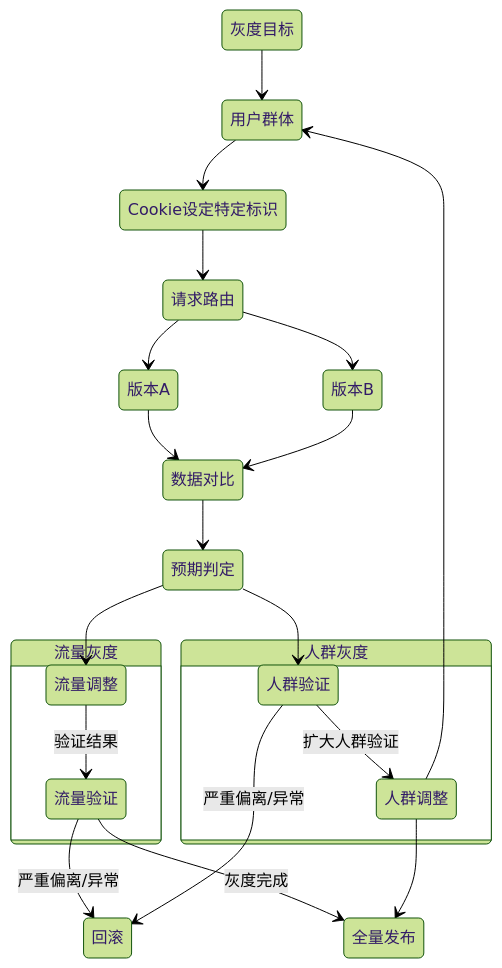
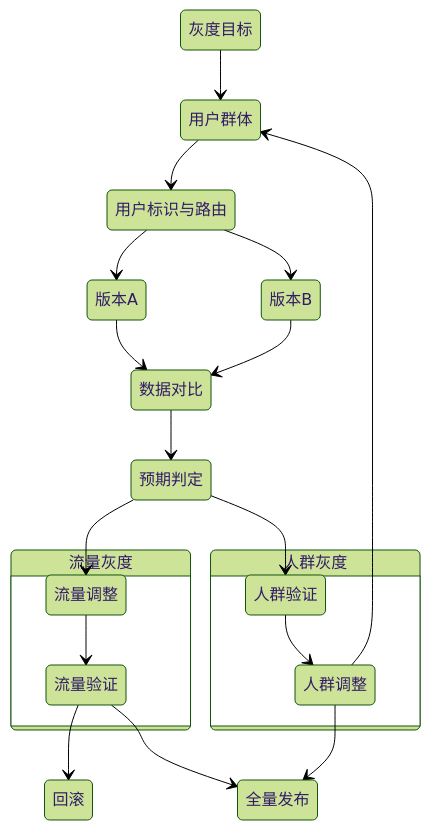
The third of 3 diagrams in doc/运维/灰度发布.md (0xcaffebabe/note), drawn with Mermaid (forest theme) before and after one commit. The commit also changed other lines of this file and 1 other file, not shown here.

````diff
--- a/doc/运维/灰度发布.md
+++ b/doc/运维/灰度发布.md
@@ -53,26 +143,24 @@
 ```mermaid
 stateDiagram-v2
-  灰度目标 --> 用户群体
-  用户群体 --> Cookie设定特定标识
-  Cookie设定特定标识 --> 请求路由
-  请求路由 --> 版本A
-  请求路由 --> 版本B
-  版本A --> 数据对比
-  版本B --> 数据对比
-  数据对比 --> 预期判定
+灰度目标 --> 用户群体
+用户群体 --> 用户标识与路由
+用户标识与路由 --> 版本A
+用户标识与路由 --> 版本B
+版本A --> 数据对比
+版本B --> 数据对比
+数据对比 --> 预期判定
 
-  预期判定 --> 流量调整
-  state 流量灰度 {
-    流量调整 --> 流量验证: 验证结果
-  }
-  流量验证 --> 回滚: 严重偏离/异常
-  流量验证 --> 全量发布: 灰度完成
+预期判定 --> 流量调整
+state 流量灰度 {
+流量调整 --> 流量验证
+}
+流量验证 --> 回滚
+流量验证 --> 全量发布
 
-  预期判定 --> 人群验证
-  state 人群灰度 {
-    人群验证 --> 人群调整: 扩大人群验证
-  }
-  人群验证 --> 回滚: 严重偏离/异常
-  人群调整 --> 用户群体
-  人群调整 --> 全量发布
+预期判定 --> 人群验证
+state 人群灰度 {
+人群验证 --> 人群调整
+}
+人群调整 --> 用户群体
+人群调整 --> 全量发布
 ```
````
